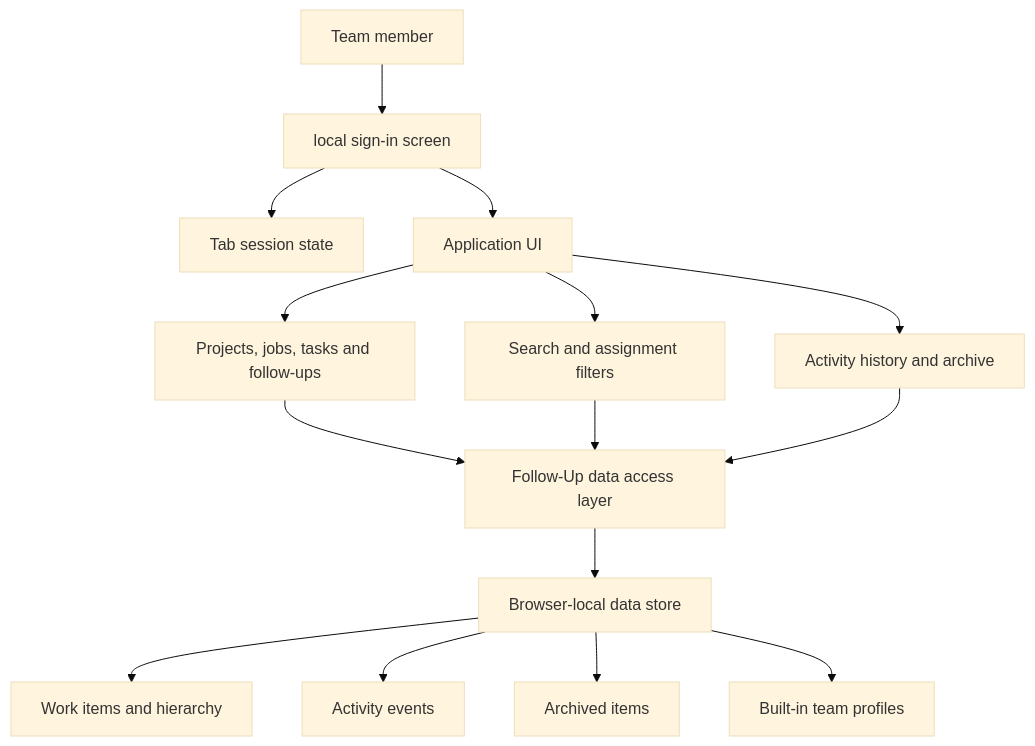
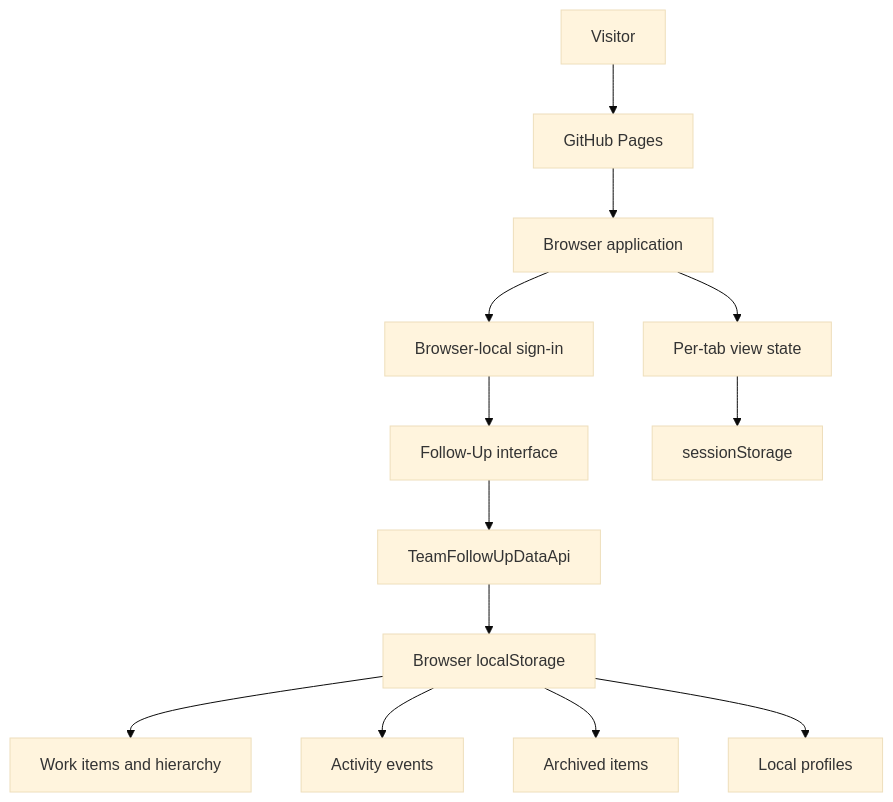
The diagram in README.md (retzed/Team_Follow-Up), drawn with Mermaid (base theme) before and after one commit. The commit also changed other lines of this file, not shown here.

````diff
--- a/README.md
+++ b/README.md
@@ -52,17 +75,15 @@
-```mermaid
+~~~mermaid
 flowchart TD
-    Visitor[Team member] --> Auth[local sign-in screen]
-    Auth --> Session[Tab session state]
-    Auth --> UI[Application UI]
-    UI --> Views[Projects, jobs, tasks and follow-ups]
-    UI --> Search[Search and assignment filters]
-    UI --> History[Activity history and archive]
-    Views --> DataAPI[Follow-Up data access layer]
-    Search --> DataAPI
-    History --> DataAPI
-    DataAPI --> Store[Browser-local data store]
+    Member[Visitor] --> Pages[GitHub Pages]
+    Pages --> Browser[Browser application]
+    Browser --> LocalAuth[Browser-local sign-in]
+    LocalAuth --> UI[Follow-Up interface]
+    UI --> API[TeamFollowUpDataApi]
+    API --> Store[Browser localStorage]
     Store --> Items[Work items and hierarchy]
-    Store --> Events[Activity events]
+    Store --> Activity[Activity events]
     Store --> Archive[Archived items]
-    Store --> Profiles[Built-in team profiles]
-```
+    Store --> Profiles[Local profiles]
+    Browser --> View[Per-tab view state]
+    View --> TabStore[sessionStorage]
+~~~
````
